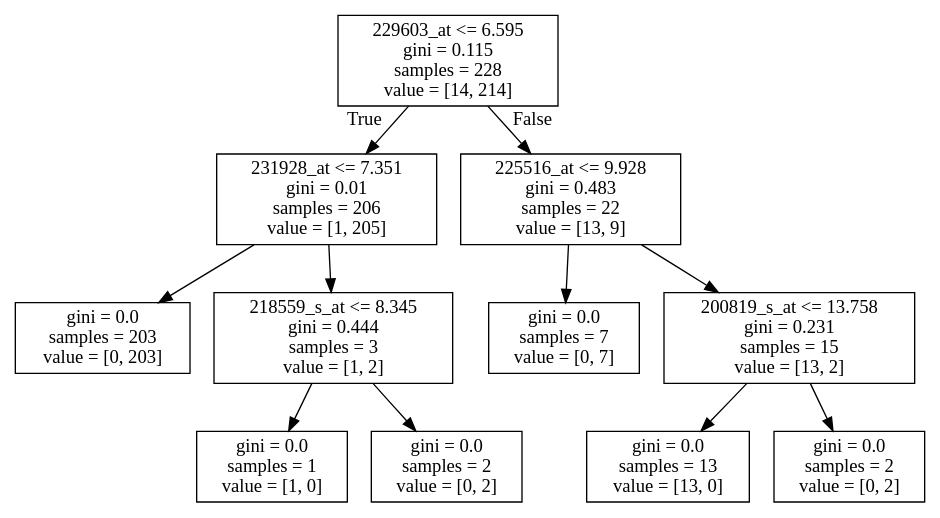
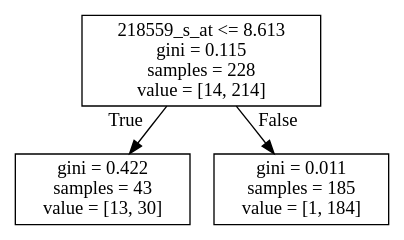
Before and after one commit to YichaoOU/Ovarian_cancer_project: the diagram in GSE9891/GSE9891_classification/LMP_PSO_DT_3.dot, drawn with Graphviz. The commit also changed 17 other files, not shown here.

```diff
--- a/GSE9891/GSE9891_classification/LMP_PSO_DT_3.dot
+++ b/GSE9891/GSE9891_classification/LMP_PSO_DT_3.dot
@@ -1,24 +1,8 @@
 digraph Tree {
 node [shape=box] ;
-0 [label="229603_at <= 6.595\ngini = 0.115\nsamples = 228\nvalue = [14, 214]"] ;
-1 [label="231928_at <= 7.351\ngini = 0.01\nsamples = 206\nvalue = [1, 205]"] ;
+0 [label="218559_s_at <= 8.613\ngini = 0.115\nsamples = 228\nvalue = [14, 214]"] ;
+1 [label="gini = 0.422\nsamples = 43\nvalue = [13, 30]"] ;
 0 -> 1 [labeldistance=2.5, labelangle=45, headlabel="True"] ;
-2 [label="gini = 0.0\nsamples = 203\nvalue = [0, 203]"] ;
-1 -> 2 ;
-3 [label="218559_s_at <= 8.345\ngini = 0.444\nsamples = 3\nvalue = [1, 2]"] ;
-1 -> 3 ;
-4 [label="gini = 0.0\nsamples = 1\nvalue = [1, 0]"] ;
-3 -> 4 ;
-5 [label="gini = 0.0\nsamples = 2\nvalue = [0, 2]"] ;
-3 -> 5 ;
-6 [label="225516_at <= 9.928\ngini = 0.483\nsamples = 22\nvalue = [13, 9]"] ;
-0 -> 6 [labeldistance=2.5, labelangle=-45, headlabel="False"] ;
-7 [label="gini = 0.0\nsamples = 7\nvalue = [0, 7]"] ;
-6 -> 7 ;
-8 [label="200819_s_at <= 13.758\ngini = 0.231\nsamples = 15\nvalue = [13, 2]"] ;
-6 -> 8 ;
-9 [label="gini = 0.0\nsamples = 13\nvalue = [13, 0]"] ;
-8 -> 9 ;
-10 [label="gini = 0.0\nsamples = 2\nvalue = [0, 2]"] ;
-8 -> 10 ;
+2 [label="gini = 0.011\nsamples = 185\nvalue = [1, 184]"] ;
+0 -> 2 [labeldistance=2.5, labelangle=-45, headlabel="False"] ;
 }
```
